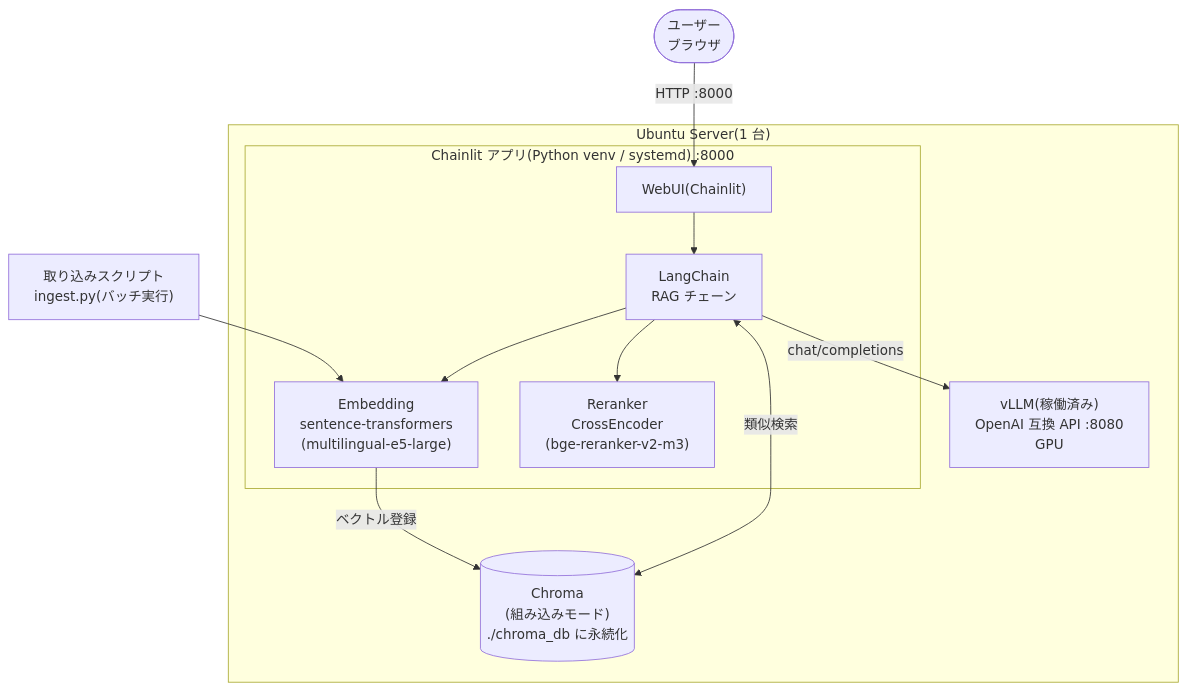
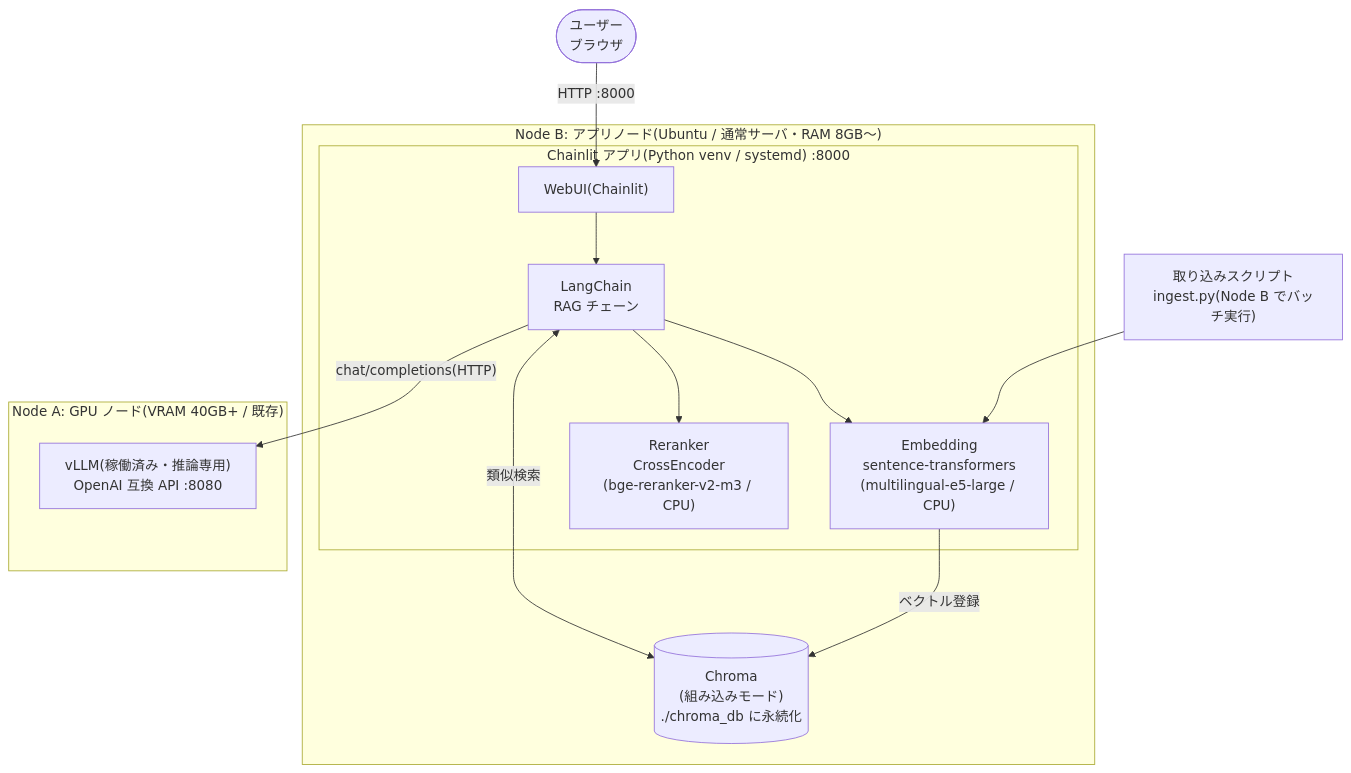
The diagram in docs/plan1-minimal.md (irimura/rag-system), drawn with Mermaid before and after one commit. The commit also changed other lines of this file and 3 other files, not shown here.

First line of the commit message:
Adopt 2-node topology: GPU node (vLLM) / app+data node

````diff
--- a/docs/plan1-minimal.md
+++ b/docs/plan1-minimal.md
@@ -8,27 +9,30 @@
 ```mermaid
 flowchart TB
     U(["ユーザー<br/>ブラウザ"])
 
-    subgraph host["Ubuntu Server(1 台)"]
+    subgraph nodeB["Node B: アプリノード(Ubuntu / 通常サーバ・RAM 8GB〜)"]
         subgraph app["Chainlit アプリ(Python venv / systemd) :8000"]
             UI["WebUI(Chainlit)"]
             LC["LangChain<br/>RAG チェーン"]
-            EMB["Embedding<br/>sentence-transformers<br/>(multilingual-e5-large)"]
-            RRK["Reranker<br/>CrossEncoder<br/>(bge-reranker-v2-m3)"]
+            EMB["Embedding<br/>sentence-transformers<br/>(multilingual-e5-large / CPU)"]
+            RRK["Reranker<br/>CrossEncoder<br/>(bge-reranker-v2-m3 / CPU)"]
             UI --> LC
             LC --> EMB
             LC --> RRK
         end
 
         CH[("Chroma<br/>(組み込みモード)<br/>./chroma_db に永続化")]
-        VLLM["vLLM(稼働済み)<br/>OpenAI 互換 API :8080<br/>GPU"]
 
         LC <-->|"類似検索"| CH
         EMB -->|"ベクトル登録"| CH
-        LC -->|"chat/completions"| VLLM
     end
 
+    subgraph nodeA["Node A: GPU ノード(VRAM 40GB+ / 既存)"]
+        VLLM["vLLM(稼働済み・推論専用)<br/>OpenAI 互換 API :8080"]
+    end
+
+    LC -->|"chat/completions(HTTP)"| VLLM
     U -->|"HTTP :8000"| UI
 
-    ING["取り込みスクリプト<br/>ingest.py(バッチ実行)"] --> EMB
+    ING["取り込みスクリプト<br/>ingest.py(Node B でバッチ実行)"] --> EMB
 ```
````
